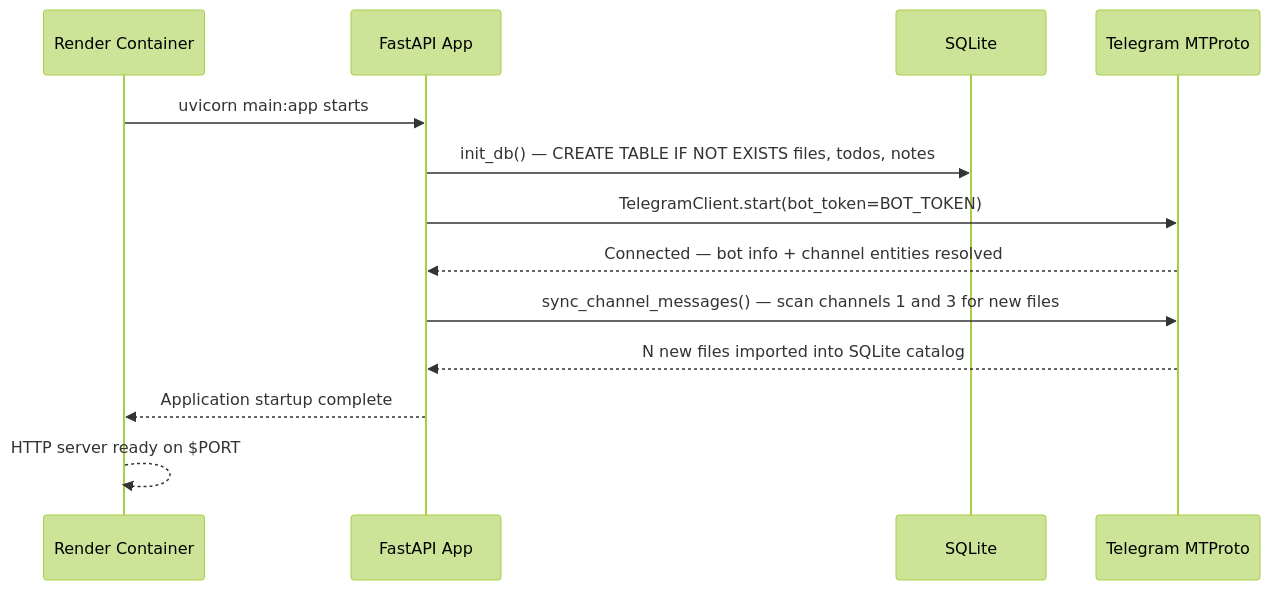
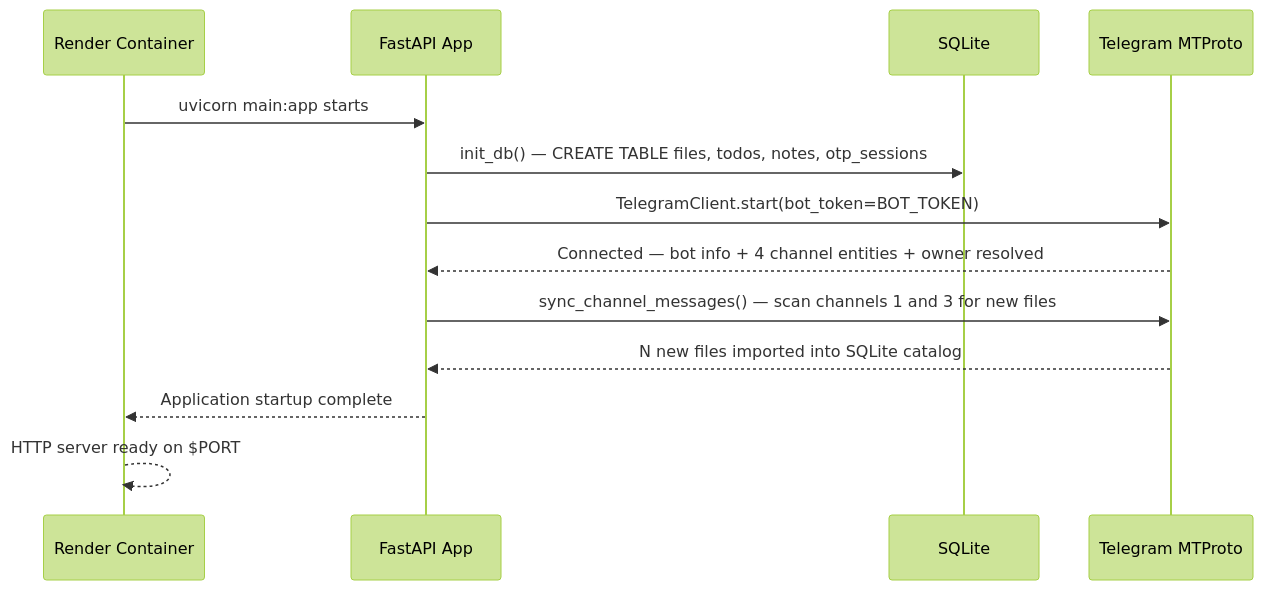
Before and after one commit to 120198subham/telegram-cloud-drive: the third of 5 diagrams in architecture-scanner/3_deployment_diagram.md, drawn with Mermaid (forest theme). The commit also changed other lines of this file and 14 other files, not shown here.

````diff
--- a/architecture-scanner/3_deployment_diagram.md
+++ b/architecture-scanner/3_deployment_diagram.md
@@ -98,16 +100,16 @@
 ```mermaid
 sequenceDiagram
     participant RENDER as Render Container
     participant FASTAPI as FastAPI App
     participant DB as SQLite
     participant TG as Telegram MTProto
 
     RENDER->>FASTAPI: uvicorn main:app starts
-    FASTAPI->>DB: init_db() — CREATE TABLE IF NOT EXISTS files, todos, notes
+    FASTAPI->>DB: init_db() — CREATE TABLE files, todos, notes, otp_sessions
     FASTAPI->>TG: TelegramClient.start(bot_token=BOT_TOKEN)
-    TG-->>FASTAPI: Connected — bot info + channel entities resolved
+    TG-->>FASTAPI: Connected — bot info + 4 channel entities + owner resolved
     FASTAPI->>TG: sync_channel_messages() — scan channels 1 and 3 for new files
     TG-->>FASTAPI: N new files imported into SQLite catalog
     FASTAPI-->>RENDER: Application startup complete
     RENDER-->>RENDER: HTTP server ready on $PORT
 ```
````
